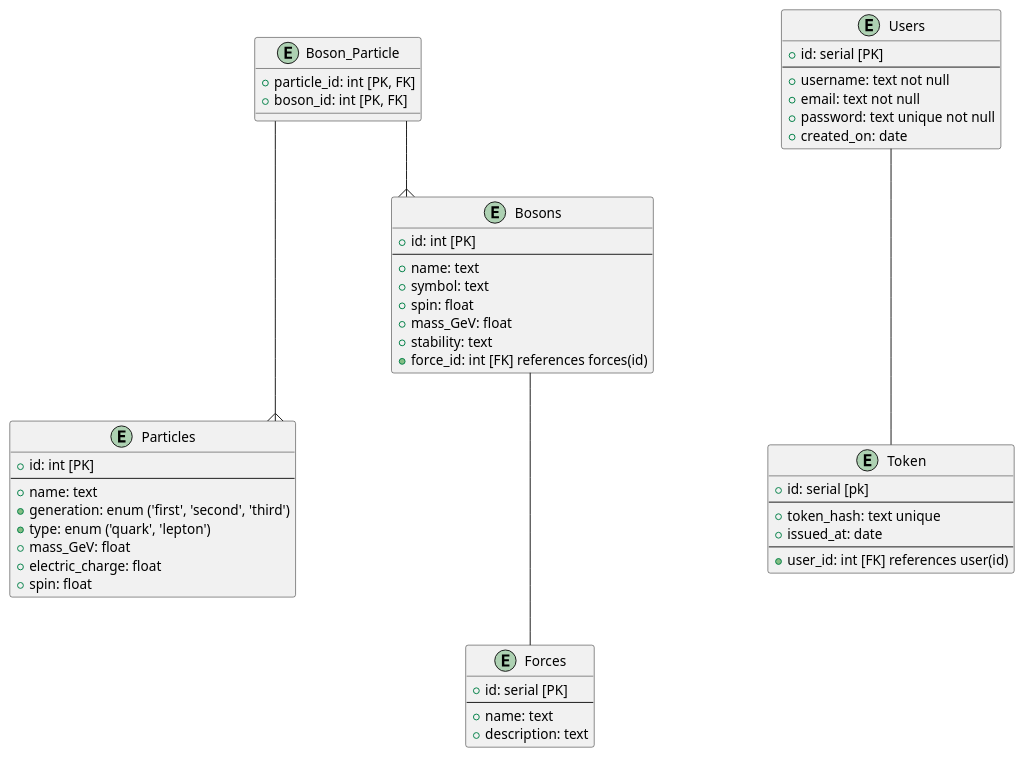
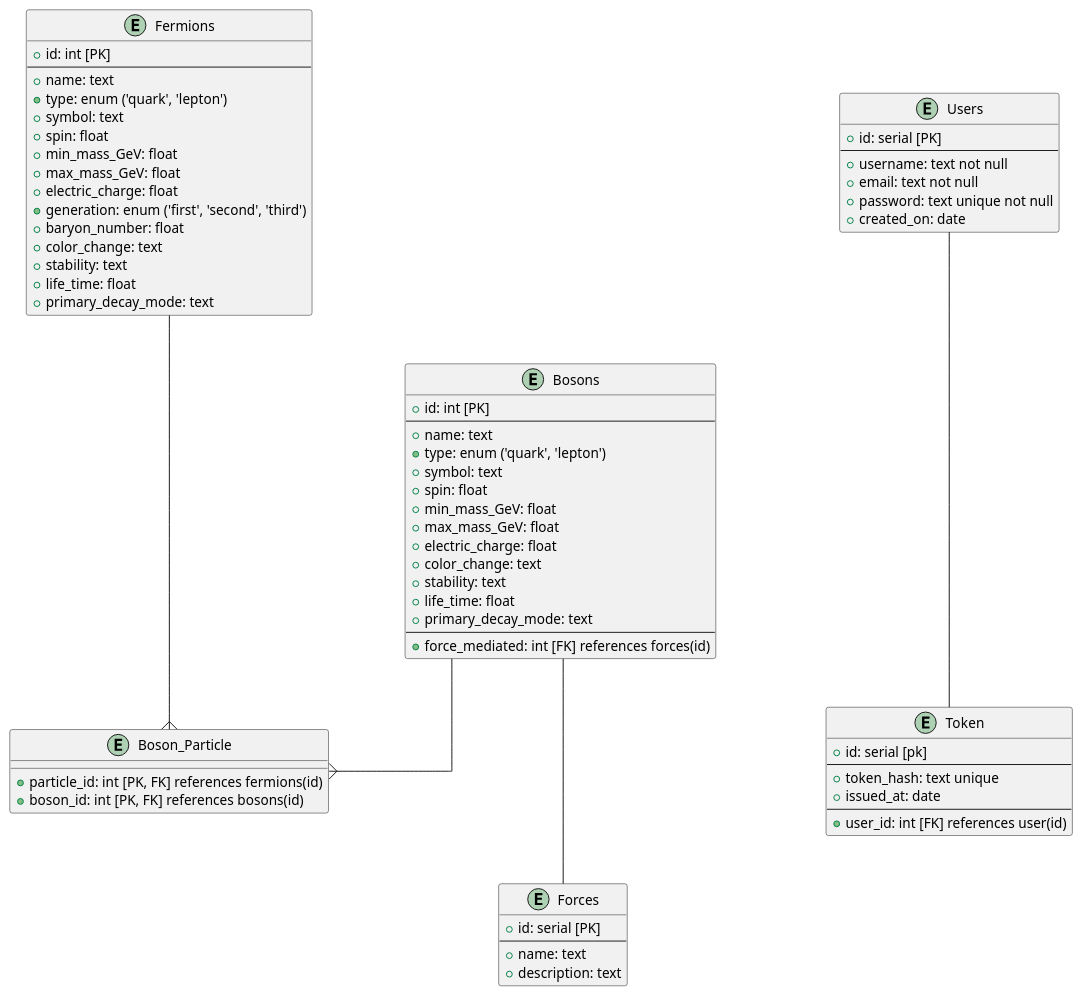
Before and after one commit to therakius/particles-api: the diagram in particles-erd.puml, drawn with PlantUML.

Commit message:
added missing columns

```diff
--- a/particles-erd.puml
+++ b/particles-erd.puml
@@ -1,73 +1,87 @@
 @startuml particles_database
 skinparam {
     Nodesep 160
     Ranksep 50
     Linetype ortho
 }
 
 skinparam entity {
     BackgroundColor LightBlue
     FontSize 14
     ArrowThickness 1
 }
 
-entity "Particles" as particles {
+entity "Fermions" as fermions {
     +id: int [PK]
     --
     +name: text
+    +type: enum ('quark', 'lepton')
+    +symbol: text
+    +spin: float
+    +min_mass_GeV: float
+    +max_mass_GeV: float
+    +electric_charge: float
     +generation: enum ('first', 'second', 'third')
-    +type: enum ('quark', 'lepton')
-    +mass_GeV: float
-    +electric_charge: float
-    +spin: float 
+    +baryon_number: float
+    +color_change: text
+    +stability: text
+    +life_time: float
+    +primary_decay_mode: text
 }
 
 entity "Bosons" as bosons {
     +id: int [PK]
     --
     +name: text
+    +type: enum ('quark', 'lepton')
     +symbol: text
     +spin: float
-    +mass_GeV: float
+    +min_mass_GeV: float
+    +max_mass_GeV: float
+    +electric_charge: float
+    +color_change: text
     +stability: text
-    +force_id: int [FK] references forces(id)
+    +life_time: float
+    +primary_decay_mode: text
+    --
+    +force_mediated: int [FK] references forces(id)
 }
 
 entity "Forces" as forces {
     +id: serial [PK]
     --
     +name: text
     +description: text
 }
 
 entity "Boson_Particle" as boson_particle {
-    +particle_id: int [PK, FK]
-    +boson_id: int [PK, FK]
+    +particle_id: int [PK, FK] references fermions(id)
+    +boson_id: int [PK, FK] references bosons(id)
 }
 
 entity "Users" as users {
     +id: serial [PK]
     --
     +username: text not null
     +email: text not null
     +password: text unique not null
     +created_on: date
 }
 
 entity "Token" as tokens {
     +id: serial [pk]
     --
     +token_hash: text unique
     +issued_at: date
     --
     +user_id: int [FK] references user(id)
 }
 
 'relationships'
 
-boson_particle ---{ particles
-boson_particle --{ bosons
+fermions ---{ boson_particle 
+bosons --{ boson_particle 
 bosons --- forces
 users --- tokens
 
 @enduml
```
